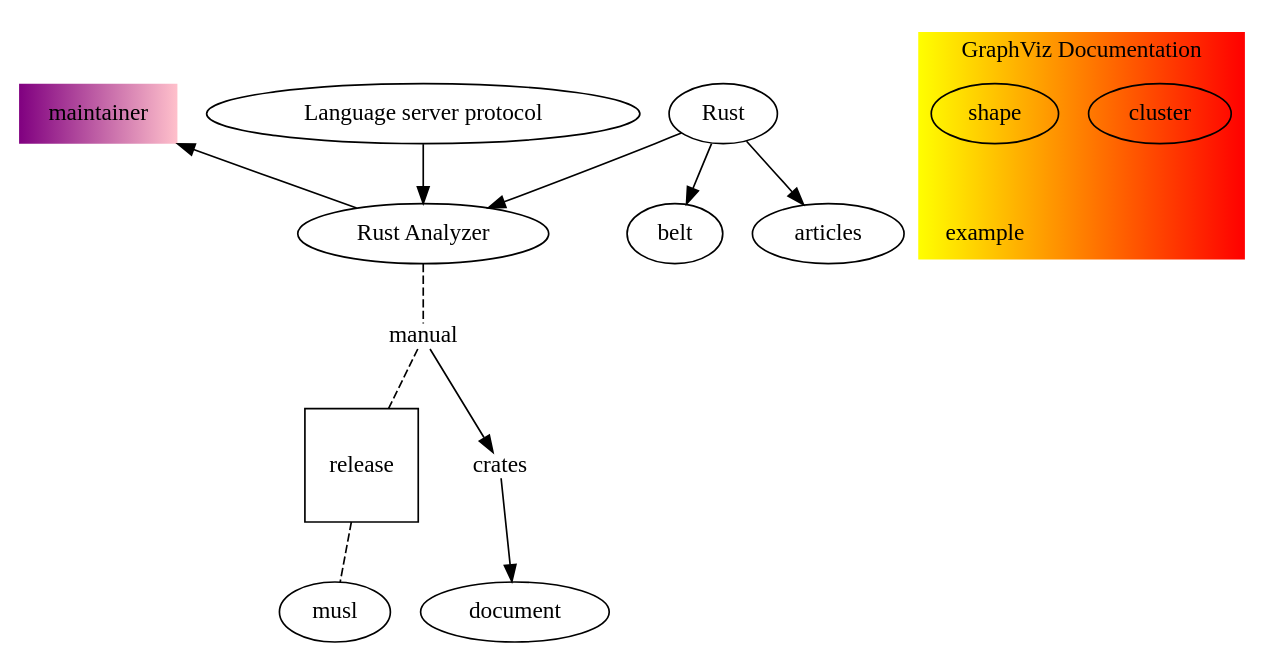
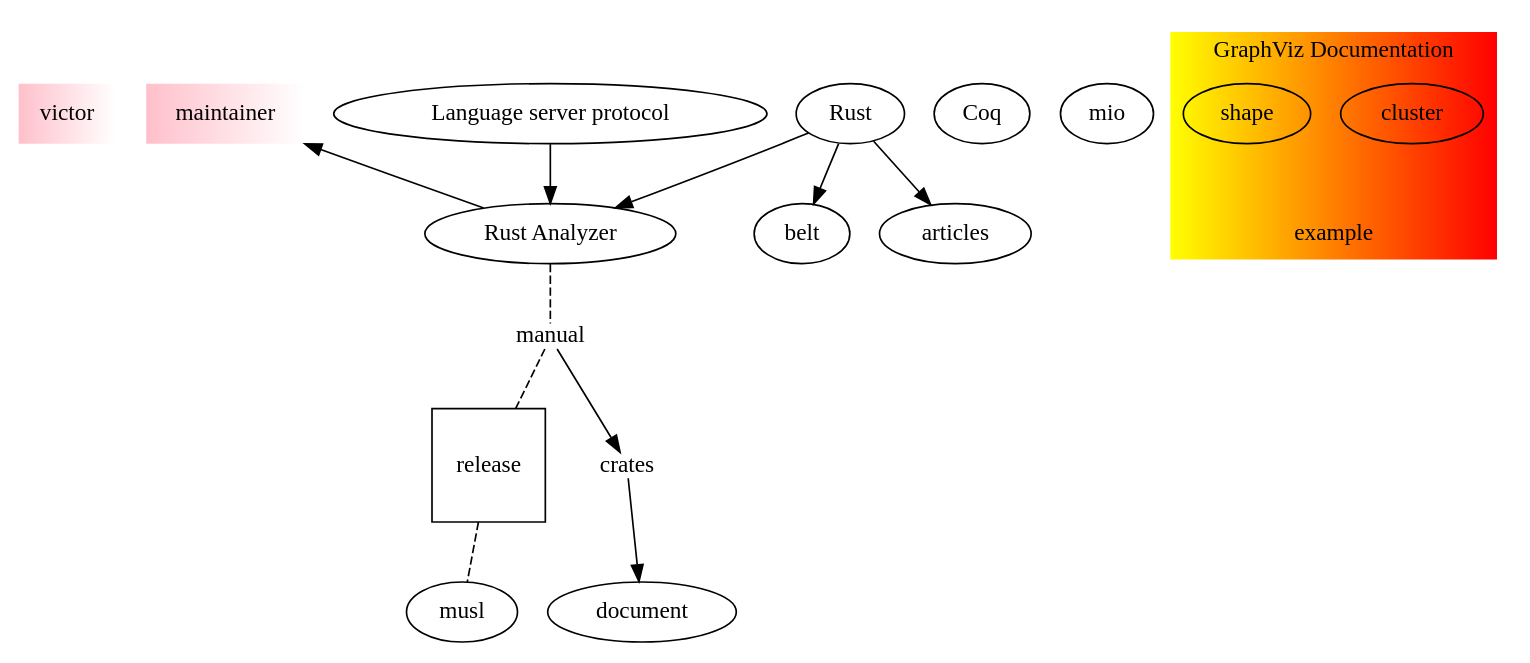
Before and after one commit to arashatt/Research: the diagram in research1.dot, drawn with Graphviz. The commit also changed 22 other files, not shown here.

```diff
--- a/research1.dot
+++ b/research1.dot
@@ -1,47 +1,51 @@
 digraph {
     graph [style = dotted;];
-    subgraph {
-        // people
-        node [shape = rect; color = "purple:pink"; style = filled;];
+    subgraph people{
+        
+        node [shape = rect; color = "pink:white"; style = filled;];
+        victor[URL="https://people.mpi-sws.org/~viktor/"]
         maintainer [URL = "https://github.com/matklad";];
     }
     subgraph document {
         node [color = blue; style = filled;];
     }
     rust_analyzer [label = "Rust Analyzer";URL = "https://rust-analyzer.github.io/";];
     lsp [label = "Language server protocol";URL = "https://microsoft.github.io/language-server-protocol/";];
     rust [label = "Rust";URL = "https://www.rust-lang.org/";];
     belt [URL = "https://plv.mpi-sws.org/rustbelt/";];
     articles [URL = "https://alastairreid.github.io/RelatedWork/notes/rust-language/";];
     release [URL = "https://github.com/rust-lang/rust-analyzer/releases";shape = square;];
     musl [URL = "https://www.musl-libc.org/";];
+    Coq [URL="https://coq.inria.fr/"]
+    mio [URL="https://docs.rs/mio/1.0.2/mio/"]
+    
+
     ra_ap_rust_analyzer_documentation [label = "document";];
     rust -> rust_analyzer;
     lsp -> rust_analyzer;
     
     manual [shape = plain;URL = "https://rust-analyzer.github.io/manual.html#toolchain";];
     crates [shape = plain;URL = "https://rust-analyzer.github.io/manual.html#crates";];
     manual -> crates;
     crates -> ra_ap_rust_analyzer_documentation;
     rust_analyzer -> manual -> release [style = dashed; dir = none;];
     maintainer -> rust_analyzer [dir = back;];
     rust -> articles;
     rust -> belt;
     release -> musl [style = dashed; dir = none;];
-    
     
     
     subgraph cluster_graphviz {
         graph [color="yellow:red"; style=filled;];
         // TODO: make link abailable to the whole subgraph not just to the label.
         URL = "https://graphviz.gitlab.io/doc/info/lang.html";
         label = "GraphViz Documentation";
         cluster [URL = "https://graphviz.gitlab.io/doc/info/lang.html#subgraphs-and-clusters";];
         shape [URL = "https://graphviz.org/doc/info/shapes.html";];
         subgraph {
             node [shape = plain;];
             rank = sink;
             example [URL = "https://observablehq.com/@brianstringfellow/graphvis-subgraph-table-label";];
         }
     }
 }
```
